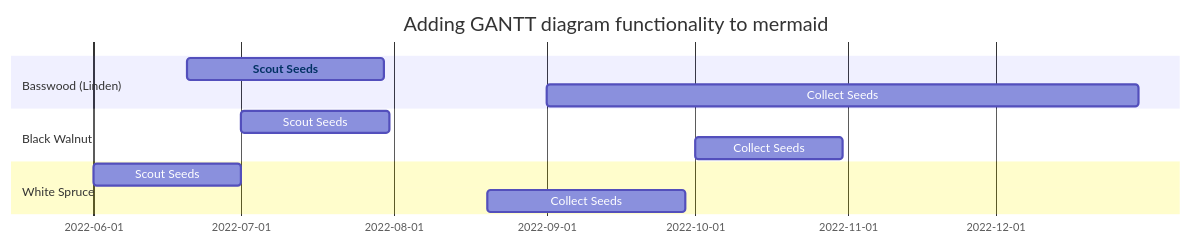
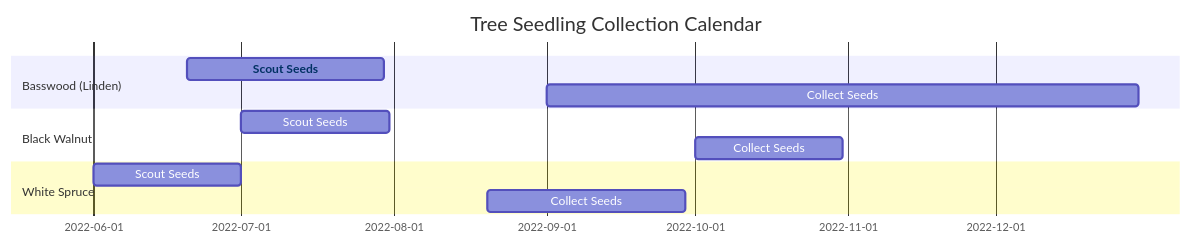
The diagram in _drafts/tree-seeds.md (jknutson/jknutson.github.io), drawn with Mermaid before and after one commit. The commit also changed other lines of this file, not shown here.

````diff
--- a/_drafts/tree-seeds.md
+++ b/_drafts/tree-seeds.md
@@ -3,19 +5,19 @@
 ```mermaid
 gantt
     dateFormat  YYYY-MM-DD
-    title       Adding GANTT diagram functionality to mermaid
+    title       Tree Seedling Collection Calendar
 
     section Basswood (Linden)
     Scout Seeds         :ldn1, 2022-06-20, 40d
     Collect Seeds       :ldn2, 2022-09-01, 120d
     click ldn1 href "trees/linden.md"
 
     section Black Walnut
     Scout Seeds         :bw1, 2022-07-01, 30d
     Collect Seeds       :bw2, 2022-10-01, 30d
 
     section White Spruce
     Scout Seeds         :ws1, 2022-06-01, 30d
     Collect Seeds       :ws2, 2022-08-20, 40d
 
 ```
````
